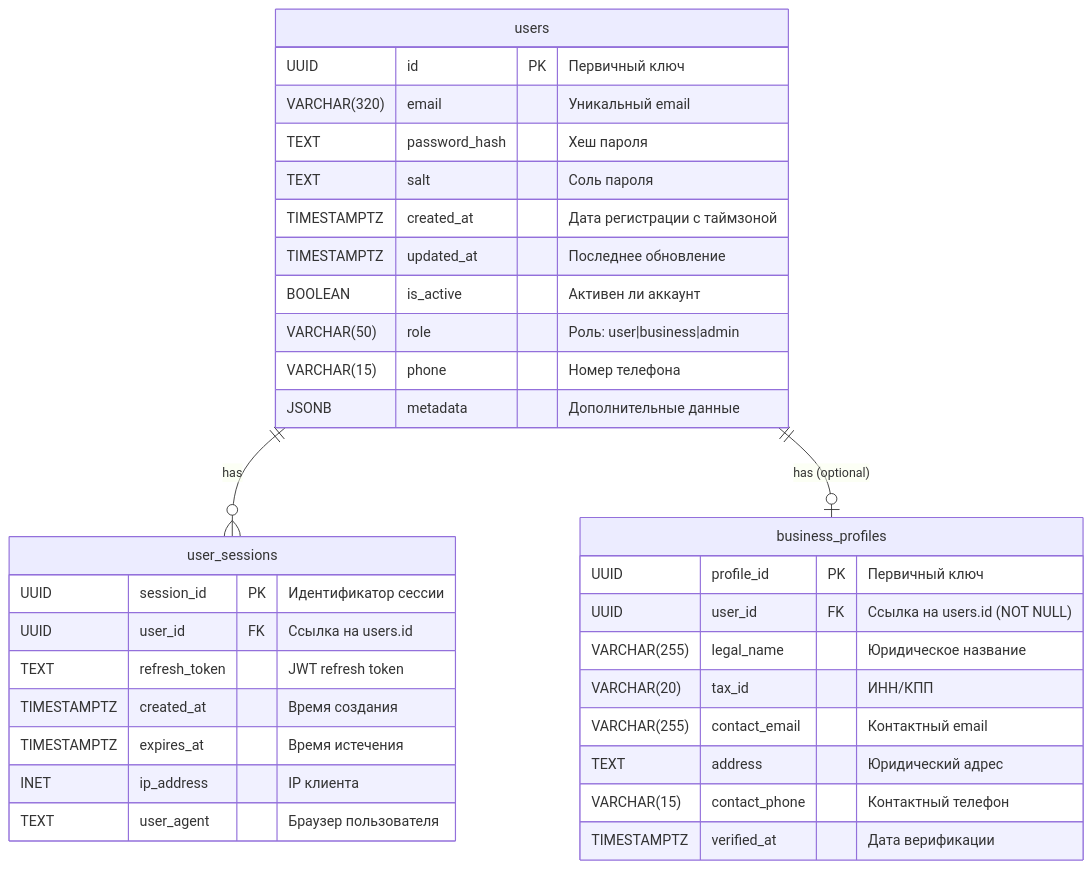
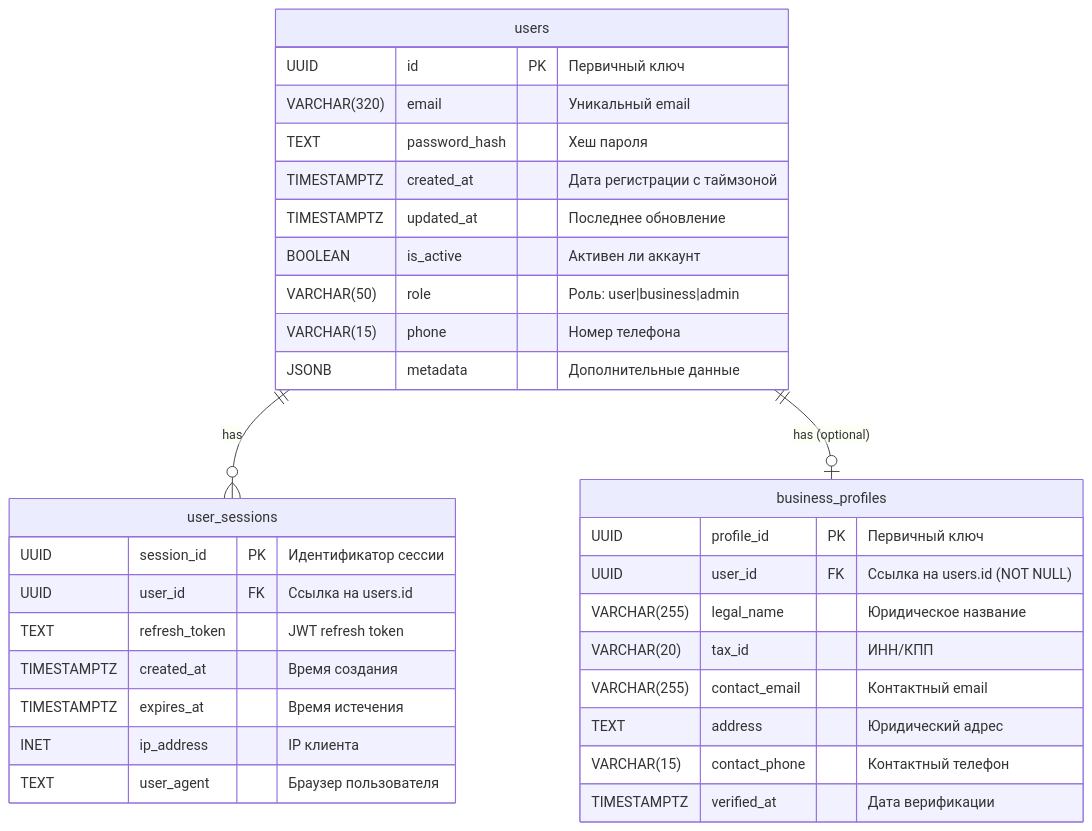
Before and after one commit to pshakhmin/soa: the diagram in docs/user_service.mmd, drawn with Mermaid.

Commit message:
sec: remove salt

```diff
--- a/docs/user_service.mmd
+++ b/docs/user_service.mmd
@@ -1,38 +1,37 @@
 erDiagram
 
 users ||--o{ user_sessions : has
 users ||--o| business_profiles : "has (optional)"
 
 users {
     UUID id PK "Первичный ключ"
     VARCHAR(320) email "Уникальный email"
     TEXT password_hash "Хеш пароля"
-    TEXT salt "Соль пароля"
     TIMESTAMPTZ created_at "Дата регистрации с таймзоной"
     TIMESTAMPTZ updated_at "Последнее обновление"
     BOOLEAN is_active "Активен ли аккаунт"
     VARCHAR(50) role "Роль: user|business|admin"
     VARCHAR(15) phone "Номер телефона"
     JSONB metadata "Дополнительные данные"
 }
 
 user_sessions {
     UUID session_id PK "Идентификатор сессии"
     UUID user_id FK "Ссылка на users.id"
     TEXT refresh_token "JWT refresh token"
     TIMESTAMPTZ created_at "Время создания"
     TIMESTAMPTZ expires_at "Время истечения"
     INET ip_address "IP клиента"
     TEXT user_agent "Браузер пользователя"
 }
 
 business_profiles {
     UUID profile_id PK "Первичный ключ"
     UUID user_id FK "Ссылка на users.id (NOT NULL)"
     VARCHAR(255) legal_name "Юридическое название"
     VARCHAR(20) tax_id "ИНН/КПП"
     VARCHAR(255) contact_email "Контактный email"
     TEXT address "Юридический адрес"
     VARCHAR(15) contact_phone "Контактный телефон"
     TIMESTAMPTZ verified_at "Дата верификации"
 }
```
